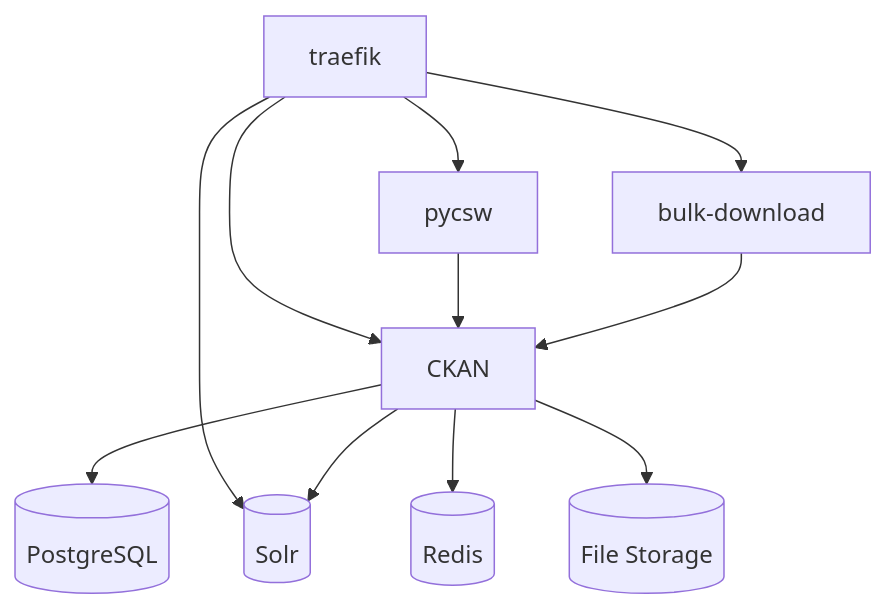
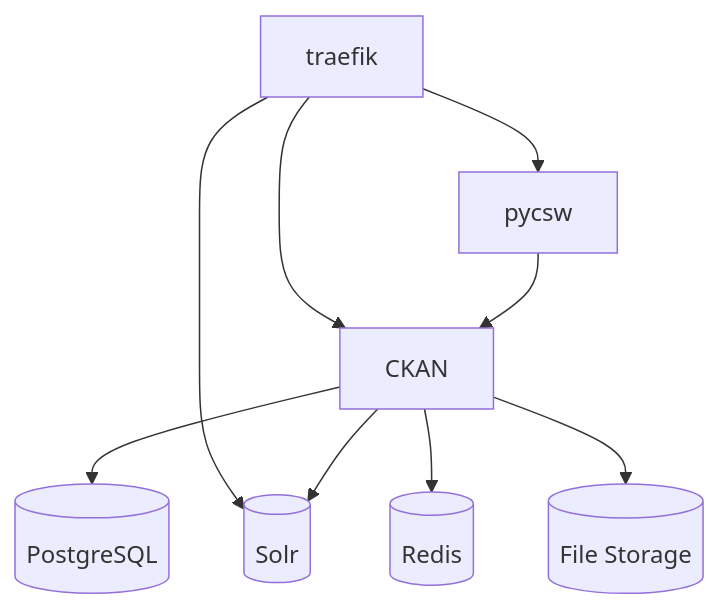
Before and after one commit to COATnor/datacatalog: the diagram in README.md, drawn with Mermaid. The commit also changed other lines of this file and 17 other files, not shown here.

````diff
--- a/README.md
+++ b/README.md
@@ -23,15 +23,13 @@
 ```mermaid
 flowchart TB
     traefik["traefik"] --> ckan["CKAN"]
     traefik --> pycsw["pycsw"]
-    traefik --> bulk["bulk-download"]
     traefik --> solr[("Solr")]
 
     pycsw --> ckan
-    bulk --> ckan
 
     ckan --> db[("PostgreSQL")]
     ckan --> solr
     ckan --> redis[("Redis")]
     ckan --> storage[("File Storage")]
 ```
````
